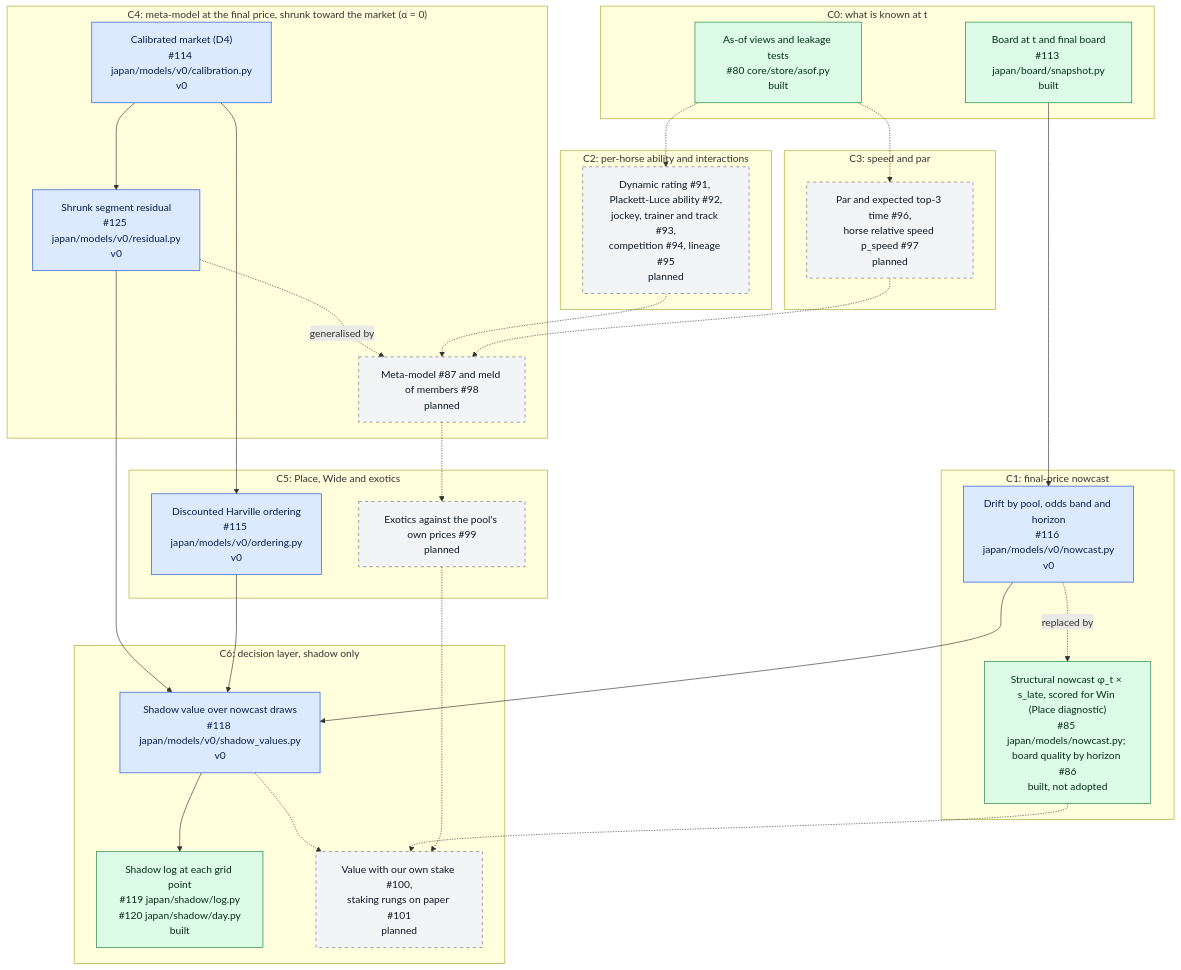
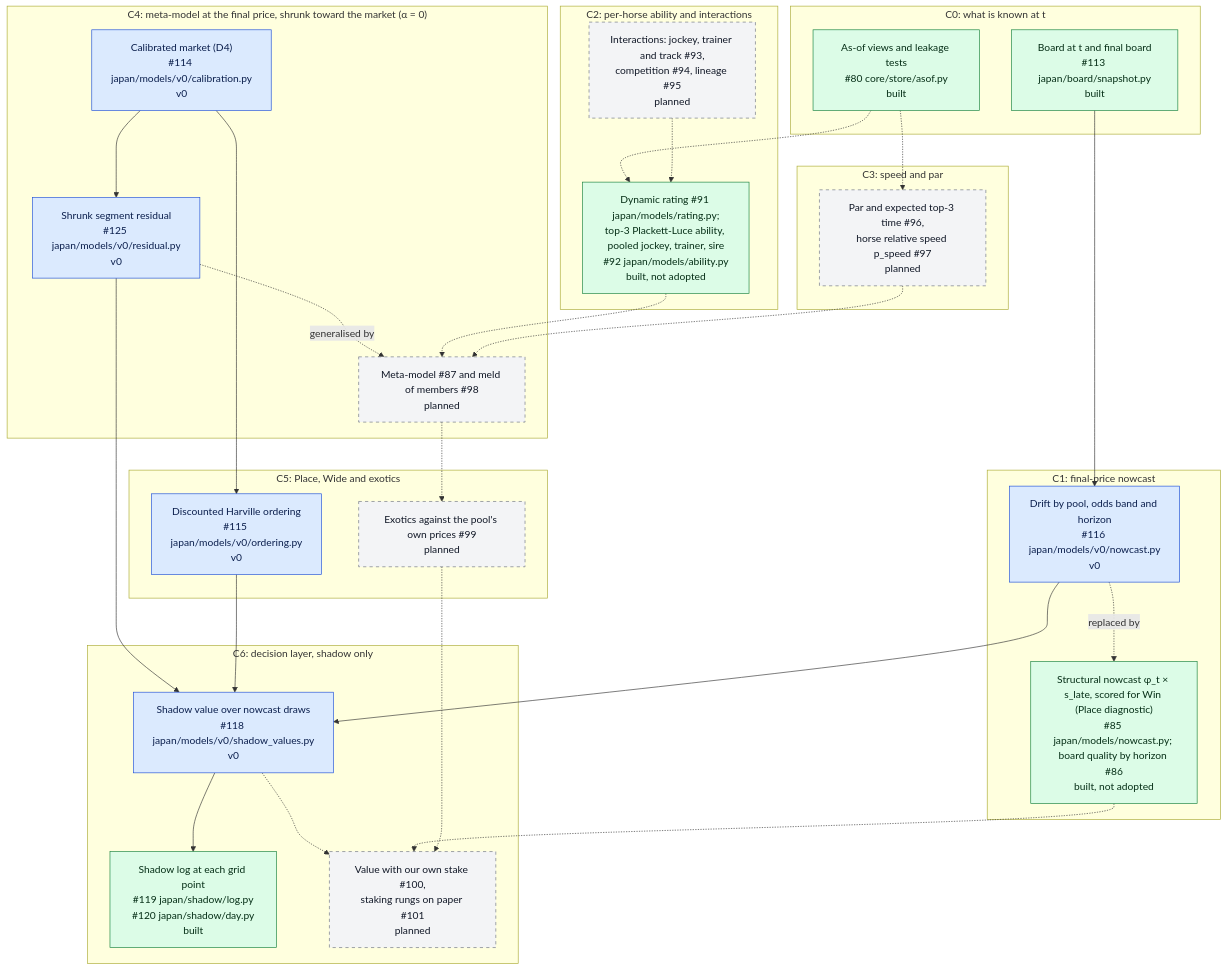
The second of 6 diagrams in docs/modeling.md (rjeskuri/HorseTrackBetting), drawn with Mermaid before and after one commit. The commit also changed other lines of this file and 5 other files, not shown here.

````diff
--- a/docs/modeling.md
+++ b/docs/modeling.md
@@ -65,55 +65,57 @@
 ```mermaid
 flowchart TB
     subgraph L0["C0: what is known at t"]
         ASOF["As-of views and leakage tests<br/>#80 core/store/asof.py<br/>built"]
         BOARD["Board at t and final board<br/>#113 japan/board/snapshot.py<br/>built"]
     end
     subgraph L1["C1: final-price nowcast"]
         NC0["Drift by pool, odds band and horizon<br/>#116 japan/models/v0/nowcast.py<br/>v0"]
         NC1["Structural nowcast φ_t × s_late, scored for Win (Place diagnostic)<br/>#85 japan/models/nowcast.py; board quality by horizon #86<br/>built, not adopted"]
     end
     subgraph L2["C2: per-horse ability and interactions"]
-        ABIL["Dynamic rating #91, Plackett-Luce ability #92,<br/>jockey, trainer and track #93,<br/>competition #94, lineage #95<br/>planned"]
+        ABIL["Dynamic rating #91 japan/models/rating.py;<br/>top-3 Plackett-Luce ability, pooled jockey, trainer, sire<br/>#92 japan/models/ability.py<br/>built, not adopted"]
+        INTR["Interactions: jockey, trainer and track #93,<br/>competition #94, lineage #95<br/>planned"]
     end
     subgraph L3["C3: speed and par"]
         SPEED["Par and expected top-3 time #96,<br/>horse relative speed p_speed #97<br/>planned"]
     end
     subgraph L4["C4: meta-model at the final price, shrunk toward the market (α = 0)"]
         CAL["Calibrated market (D4)<br/>#114 japan/models/v0/calibration.py<br/>v0"]
         RES["Shrunk segment residual<br/>#125 japan/models/v0/residual.py<br/>v0"]
         META["Meta-model #87 and meld of members #98<br/>planned"]
     end
     subgraph L5["C5: Place, Wide and exotics"]
         ORD["Discounted Harville ordering<br/>#115 japan/models/v0/ordering.py<br/>v0"]
         EXO["Exotics against the pool's own prices #99<br/>planned"]
     end
     subgraph L6["C6: decision layer, shadow only"]
         SV["Shadow value over nowcast draws<br/>#118 japan/models/v0/shadow_values.py<br/>v0"]
         SLOG["Shadow log at each grid point<br/>#119 japan/shadow/log.py<br/>#120 japan/shadow/day.py<br/>built"]
         STAKE["Value with our own stake #100,<br/>staking rungs on paper #101<br/>planned"]
     end
     BOARD --> NC0
     NC0 -.->|"replaced by"| NC1
     ASOF -.-> ABIL
+    INTR -.-> ABIL
     ASOF -.-> SPEED
     CAL --> RES
     CAL --> ORD
     RES -.->|"generalised by"| META
     ABIL -.-> META
     SPEED -.-> META
     META -.-> EXO
     RES --> SV
     ORD --> SV
     NC0 --> SV
     SV --> SLOG
     SV -.-> STAKE
     NC1 -.-> STAKE
     EXO -.-> STAKE
 
     classDef v0 fill:#dbeafe,stroke:#1d4ed8,color:#0b1f4d
     classDef built fill:#dcfce7,stroke:#15803d,color:#052e16
     classDef planned fill:#f3f4f6,stroke:#6b7280,stroke-dasharray: 5 5,color:#111827
     class NC0,CAL,RES,ORD,SV v0
-    class ASOF,BOARD,SLOG,NC1 built
-    class ABIL,SPEED,META,EXO,STAKE planned
+    class ASOF,BOARD,SLOG,NC1,ABIL built
+    class INTR,SPEED,META,EXO,STAKE planned
 ```
````
